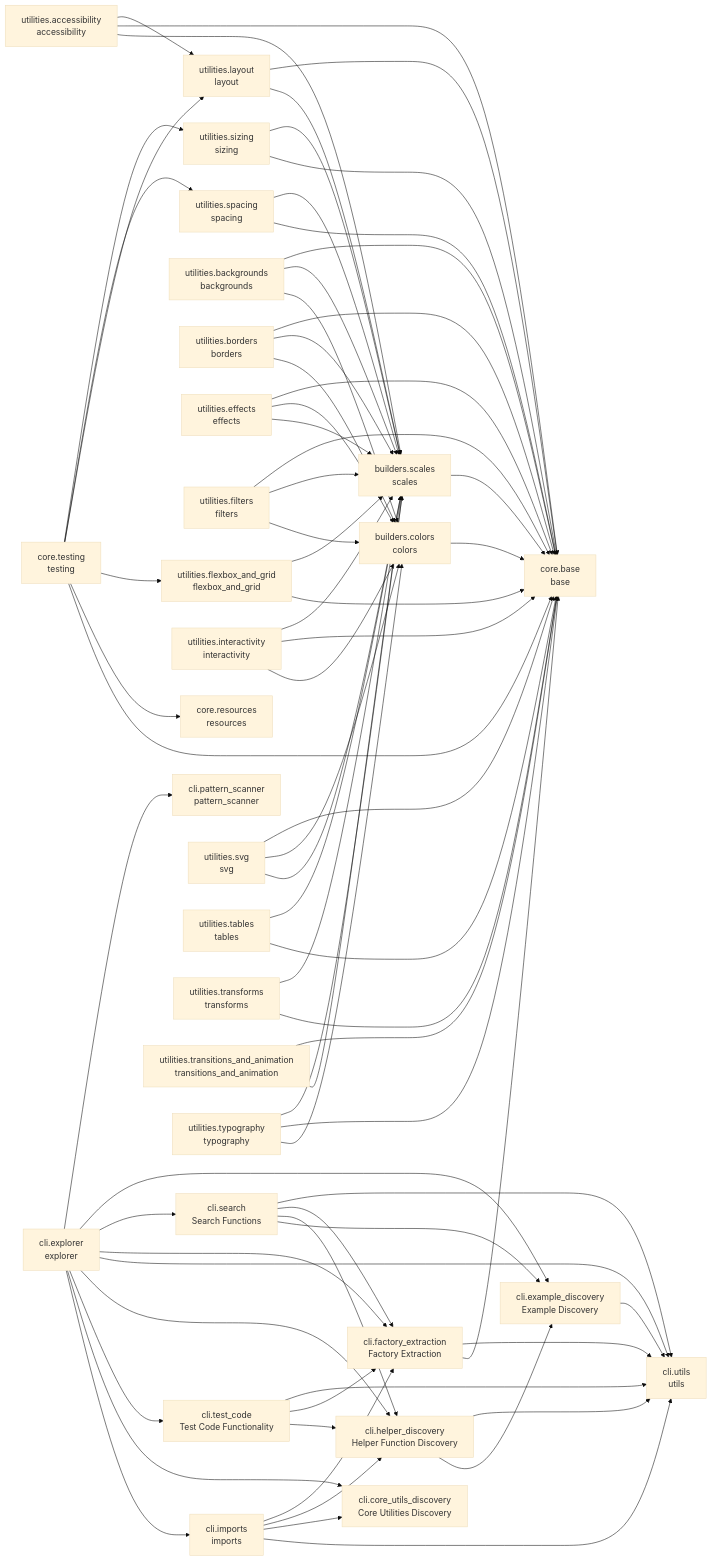
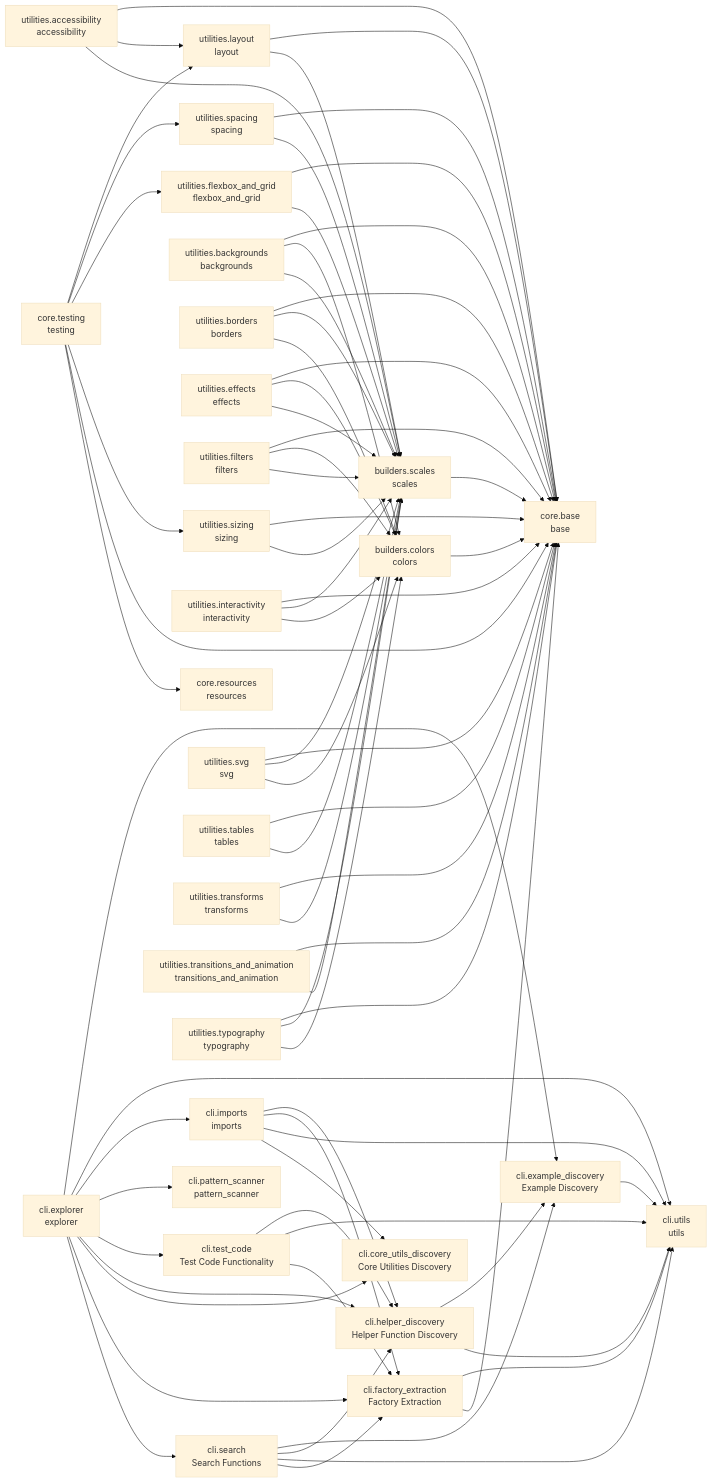
Before and after one commit to cj-mills/cjm-fasthtml-tailwind: the diagram in README.md, drawn with Mermaid (base theme). The commit also changed other lines of this file and 8 other files, not shown here.

````diff
--- a/README.md
+++ b/README.md
@@ -87,42 +87,42 @@
     builders_colors --> core_base
     builders_scales --> core_base
     cli_example_discovery --> cli_utils
+    cli_explorer --> cli_example_discovery
+    cli_explorer --> cli_utils
+    cli_explorer --> cli_imports
     cli_explorer --> cli_pattern_scanner
-    cli_explorer --> cli_example_discovery
+    cli_explorer --> cli_test_code
+    cli_explorer --> cli_helper_discovery
+    cli_explorer --> cli_core_utils_discovery
+    cli_explorer --> cli_factory_extraction
     cli_explorer --> cli_search
-    cli_explorer --> cli_factory_extraction
-    cli_explorer --> cli_utils
-    cli_explorer --> cli_helper_discovery
-    cli_explorer --> cli_test_code
-    cli_explorer --> cli_core_utils_discovery
-    cli_explorer --> cli_imports
     cli_factory_extraction --> cli_utils
     cli_factory_extraction --> core_base
+    cli_helper_discovery --> cli_example_discovery
     cli_helper_discovery --> cli_utils
-    cli_helper_discovery --> cli_example_discovery
+    cli_imports --> cli_helper_discovery
     cli_imports --> cli_factory_extraction
-    cli_imports --> cli_helper_discovery
+    cli_imports --> cli_utils
     cli_imports --> cli_core_utils_discovery
-    cli_imports --> cli_utils
+    cli_search --> cli_example_discovery
+    cli_search --> cli_helper_discovery
     cli_search --> cli_utils
     cli_search --> cli_factory_extraction
-    cli_search --> cli_helper_discovery
-    cli_search --> cli_example_discovery
+    cli_test_code --> cli_helper_discovery
     cli_test_code --> cli_utils
     cli_test_code --> cli_factory_extraction
-    cli_test_code --> cli_helper_discovery
+    core_testing --> utilities_layout
+    core_testing --> utilities_spacing
+    core_testing --> utilities_flexbox_and_grid
     core_testing --> utilities_sizing
-    core_testing --> utilities_spacing
-    core_testing --> utilities_layout
-    core_testing --> utilities_flexbox_and_grid
+    core_testing --> core_base
     core_testing --> core_resources
-    core_testing --> core_base
+    utilities_accessibility --> core_base
     utilities_accessibility --> utilities_layout
-    utilities_accessibility --> core_base
     utilities_accessibility --> builders_scales
     utilities_backgrounds --> core_base
+    utilities_backgrounds --> builders_colors
     utilities_backgrounds --> builders_scales
-    utilities_backgrounds --> builders_colors
     utilities_borders --> core_base
     utilities_borders --> builders_scales
     utilities_borders --> builders_colors
@@ -130,29 +130,29 @@
     utilities_effects --> builders_colors
     utilities_effects --> builders_scales
     utilities_filters --> core_base
+    utilities_filters --> builders_colors
     utilities_filters --> builders_scales
-    utilities_filters --> builders_colors
+    utilities_flexbox_and_grid --> core_base
     utilities_flexbox_and_grid --> builders_scales
-    utilities_flexbox_and_grid --> core_base
+    utilities_interactivity --> core_base
     utilities_interactivity --> builders_scales
-    utilities_interactivity --> core_base
     utilities_interactivity --> builders_colors
     utilities_layout --> core_base
     utilities_layout --> builders_scales
+    utilities_sizing --> core_base
     utilities_sizing --> builders_scales
-    utilities_sizing --> core_base
+    utilities_spacing --> core_base
     utilities_spacing --> builders_scales
-    utilities_spacing --> core_base
     utilities_svg --> core_base
+    utilities_svg --> builders_scales
     utilities_svg --> builders_colors
-    utilities_svg --> builders_scales
+    utilities_tables --> core_base
     utilities_tables --> builders_scales
-    utilities_tables --> core_base
+    utilities_transforms --> core_base
     utilities_transforms --> builders_scales
-    utilities_transforms --> core_base
     utilities_transitions_and_animation --> core_base
     utilities_transitions_and_animation --> builders_scales
+    utilities_typography --> core_base
     utilities_typography --> builders_scales
-    utilities_typography --> core_base
     utilities_typography --> builders_colors
 ```
````
